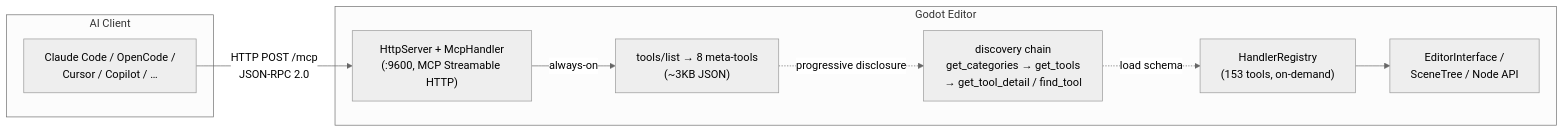
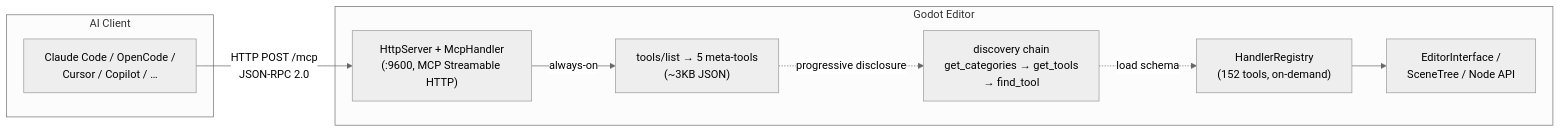
The diagram in README.md (jesspig/GodotMCP-GDExtension), drawn with Mermaid (neutral theme) before and after one commit. The commit also changed other lines of this file and 2 other files, not shown here.

````diff
--- a/README.md
+++ b/README.md
@@ -13,20 +13,20 @@
 ```mermaid
 graph LR
     subgraph AI["AI Client"]
         Client["Claude Code / OpenCode /<br/>Cursor / Copilot / …"]
     end
 
     subgraph GodotProc["Godot Editor"]
         HTTP["HttpServer + McpHandler<br/>(:9600, MCP Streamable HTTP)"]
-        Meta["tools/list → 8 meta-tools<br/>(~3KB JSON)"]
-        Discover["discovery chain<br/>get_categories → get_tools<br/>→ get_tool_detail / find_tool"]
-        Registry["HandlerRegistry<br/>(153 tools, on-demand)"]
+        Meta["tools/list → 5 meta-tools<br/>(~3KB JSON)"]
+        Discover["discovery chain<br/>get_categories → get_tools<br/>→ find_tool"]
+        Registry["HandlerRegistry<br/>(152 tools, on-demand)"]
         Editor["EditorInterface /<br/>SceneTree / Node API"]
     end
 
     Client -->|HTTP POST /mcp<br/>JSON-RPC 2.0| HTTP
     HTTP -->|always-on| Meta
     Meta -.->|progressive disclosure| Discover
     Discover -.->|load schema| Registry
     Registry --> Editor
 ```
````
